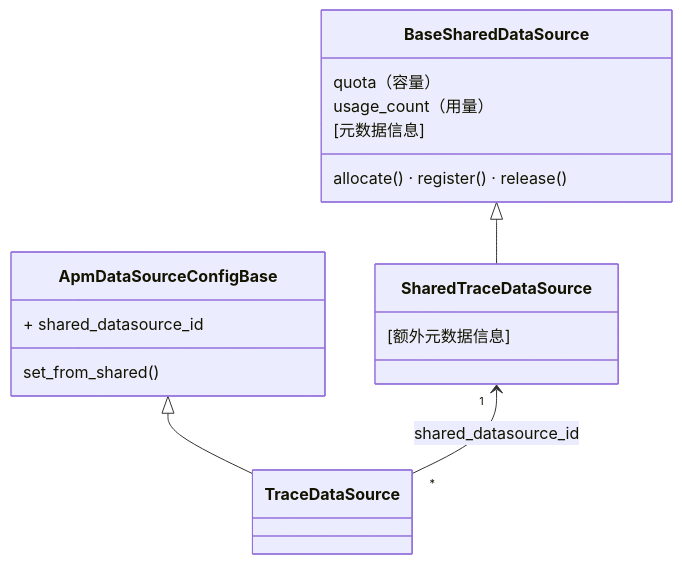
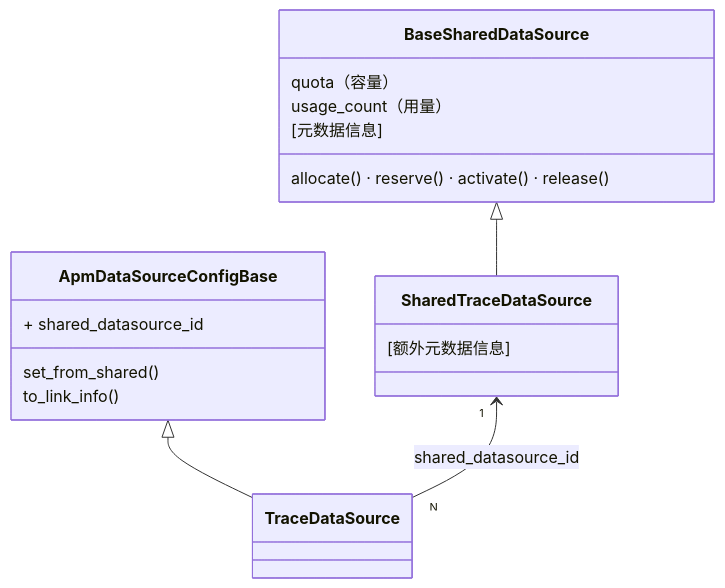
One commit to ZhuoZhuoCrayon/ai-workspace changed the first of 9 diagrams in knowledge/bkmonitor/issues/2026-03-03-apm-shared-datasource/PLAN.md. Above: the diagram before and after it, drawn with Mermaid. The commit also changed other lines of this file, not shown here.

First line of the commit message:
docs(bkmonitor): APM shared datasource PLAN 采用 pk-as-seq + Draft 模式

````diff
--- a/knowledge/bkmonitor/issues/2026-03-03-apm-shared-datasource/PLAN.md
+++ b/knowledge/bkmonitor/issues/2026-03-03-apm-shared-datasource/PLAN.md
@@ -31,21 +31,22 @@
 ```mermaid
 classDiagram
     class BaseSharedDataSource {
         quota（容量）
         usage_count（用量）
         [元数据信息]
-        allocate() · register() · release()
+        allocate() · reserve() · activate() · release()
     }
     class SharedTraceDataSource {
     		[额外元数据信息]
     }
     class ApmDataSourceConfigBase {
         + shared_datasource_id
         set_from_shared()
+        to_link_info()
     }
     class TraceDataSource
 
     BaseSharedDataSource <|-- SharedTraceDataSource
     ApmDataSourceConfigBase <|-- TraceDataSource
-    SharedTraceDataSource "1" <-- "*" TraceDataSource : shared_datasource_id
+    SharedTraceDataSource "1" <-- "N" TraceDataSource : shared_datasource_id
 ```
````
